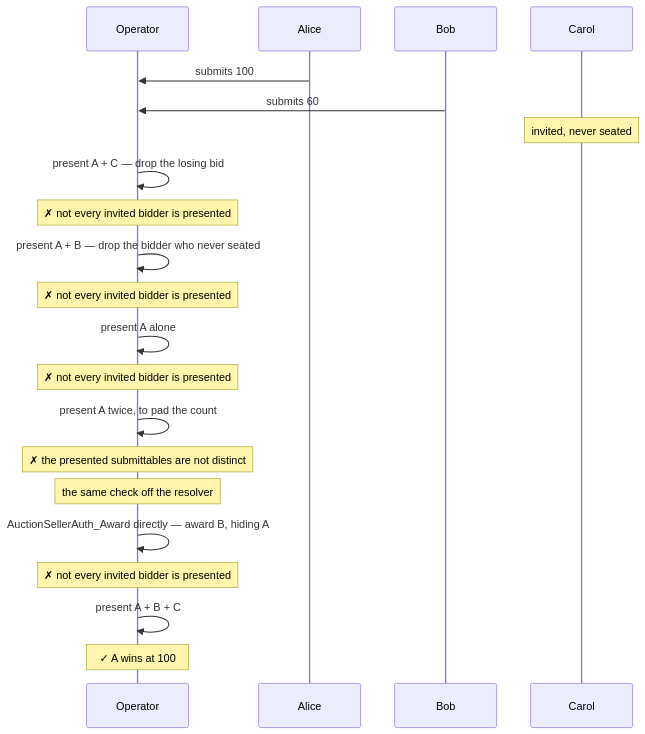
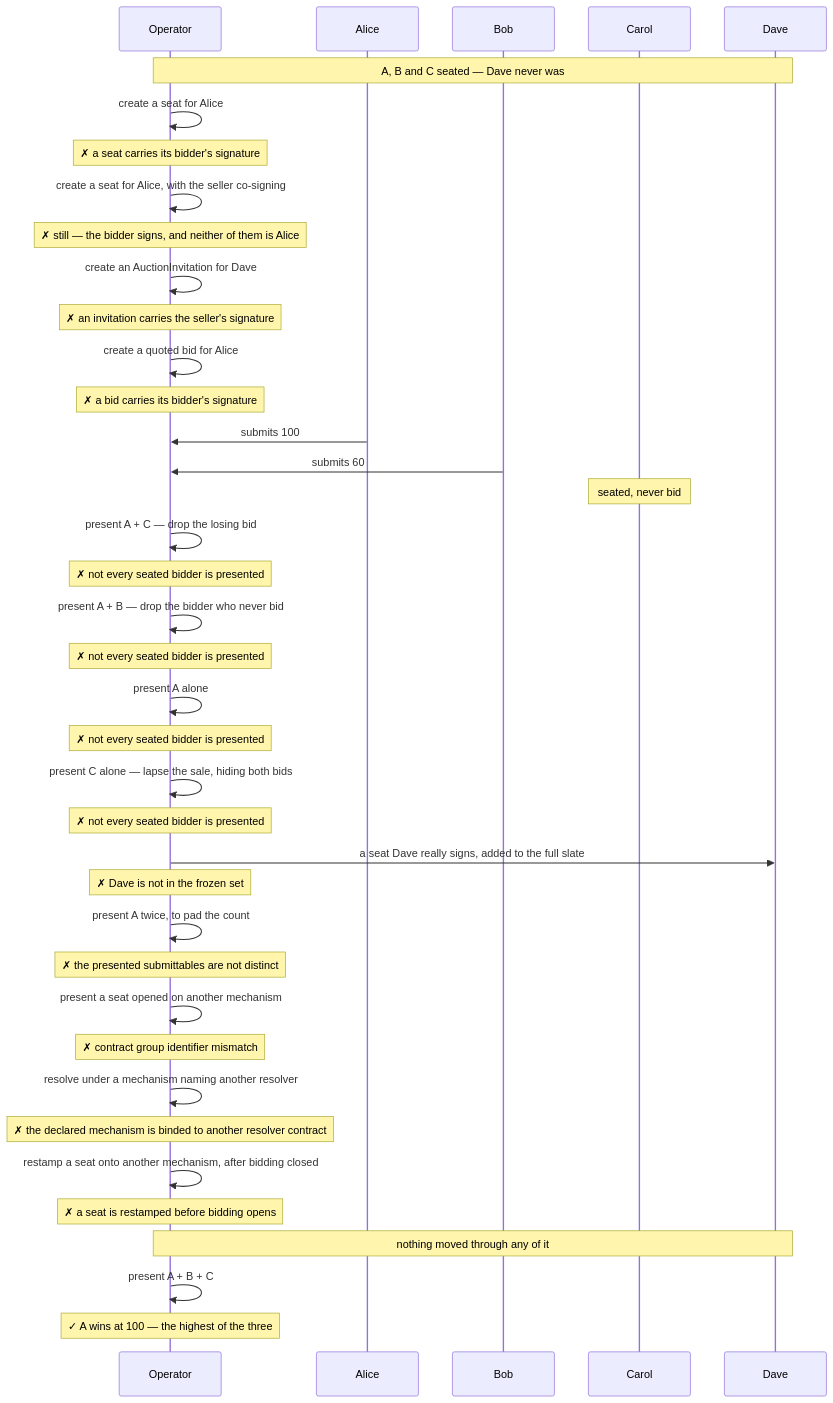
The sixth of 6 diagrams in examples/auctions/sealed-bid-first-price-high-trust/DEMOS.md (unlockitio/concordia), drawn with Mermaid before and after one commit. The commit also changed other lines of this file and 42 other files, not shown here.

````diff
--- a/examples/auctions/sealed-bid-first-price-high-trust/DEMOS.md
+++ b/examples/auctions/sealed-bid-first-price-high-trust/DEMOS.md
@@ -262,27 +273,45 @@
 ```mermaid
 sequenceDiagram
     participant O as Operator
     participant A as Alice
     participant B as Bob
     participant C as Carol
+    participant D as Dave
+
+    Note over O,D: A, B and C seated — Dave never was
+    O->>O: create a seat for Alice
+    Note over O: ✗ a seat carries its bidder's signature
+    O->>O: create a seat for Alice, with the seller co-signing
+    Note over O: ✗ still — the bidder signs, and neither of them is Alice
+    O->>O: create an AuctionInvitation for Dave
+    Note over O: ✗ an invitation carries the seller's signature
+    O->>O: create a quoted bid for Alice
+    Note over O: ✗ a bid carries its bidder's signature
 
     A->>O: submits 100
     B->>O: submits 60
-    Note over C: invited, never seated
+    Note over C: seated, never bid
 
     O->>O: present A + C — drop the losing bid
-    Note over O: ✗ not every invited bidder is presented
-    O->>O: present A + B — drop the bidder who never seated
-    Note over O: ✗ not every invited bidder is presented
+    Note over O: ✗ not every seated bidder is presented
+    O->>O: present A + B — drop the bidder who never bid
+    Note over O: ✗ not every seated bidder is presented
     O->>O: present A alone
-    Note over O: ✗ not every invited bidder is presented
+    Note over O: ✗ not every seated bidder is presented
+    O->>O: present C alone — lapse the sale, hiding both bids
+    Note over O: ✗ not every seated bidder is presented
+    O->>D: a seat Dave really signs, added to the full slate
+    Note over O: ✗ Dave is not in the frozen set
     O->>O: present A twice, to pad the count
     Note over O: ✗ the presented submittables are not distinct
+    O->>O: present a seat opened on another mechanism
+    Note over O: ✗ contract group identifier mismatch
+    O->>O: resolve under a mechanism naming another resolver
+    Note over O: ✗ the declared mechanism is binded to another resolver contract
+    O->>O: restamp a seat onto another mechanism, after bidding closed
+    Note over O: ✗ a seat is restamped before bidding opens
 
-    Note over O: the same check off the resolver
-    O->>O: AuctionSellerAuth_Award directly — award B, hiding A
-    Note over O: ✗ not every invited bidder is presented
-
+    Note over O,D: nothing moved through any of it
     O->>O: present A + B + C
-    Note over O: ✓ A wins at 100
+    Note over O: ✓ A wins at 100 — the highest of the three
 ```
````
